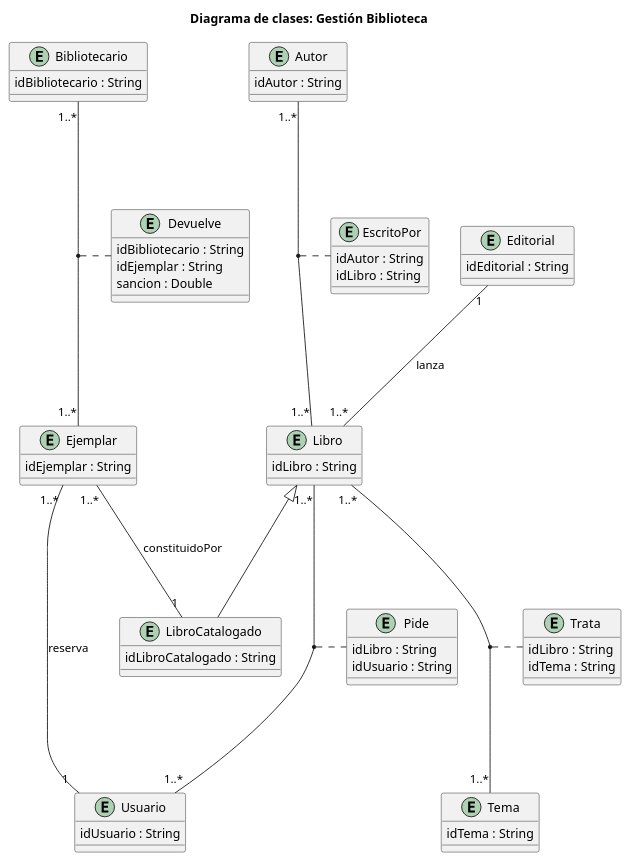
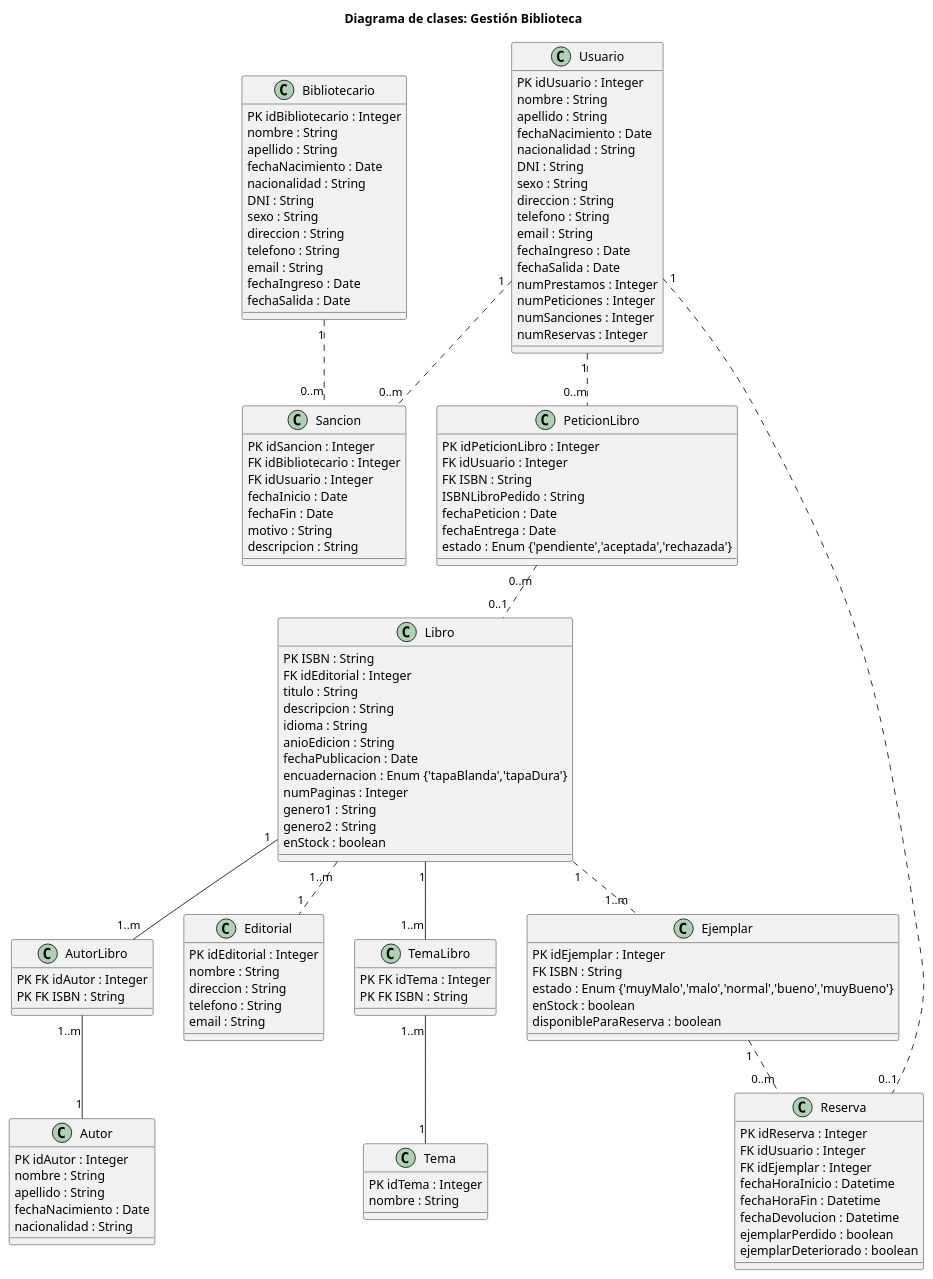
Before and after one commit to emg842/INRE-UAL-ROJO-2022: the diagram in extras/extras_Grupales/src/DC_gestion_biblioteca.puml, drawn with PlantUML.

Commit message:
Diagrama de clases gestion_biblioteca

```diff
--- a/extras/extras_Grupales/src/DC_gestion_biblioteca.puml
+++ b/extras/extras_Grupales/src/DC_gestion_biblioteca.puml
@@ -1,67 +1,143 @@
 @startuml gestion_biblioteca
 
 title Diagrama de clases: Gestión Biblioteca
 
-Entity Autor {
-    idAutor : String
-}
-Entity Bibliotecario {
-    idBibliotecario : String
-}
-Entity Devuelve {
-    idBibliotecario : String
-    idEjemplar : String
-    sancion : Double
-}
-Entity Editorial {
-    idEditorial : String
-}
-Entity Ejemplar {
-    idEjemplar : String
-}
-Entity EscritoPor {
-    idAutor : String
-    idLibro : String
-}
-Entity Libro {
-    idLibro : String
-}
-Entity LibroCatalogado {
-    idLibroCatalogado : String
-}
-Entity Pide {
-    idLibro : String
-    idUsuario : String
-}
-Entity Tema {
-    idTema : String
-}
-Entity Trata {
-    idLibro : String
-    idTema : String
-}
-Entity Usuario {
-    idUsuario : String
+Class Libro {
+ PK ISBN : String
+ FK idEditorial : Integer
+ titulo : String
+ descripcion : String
+ idioma : String
+ anioEdicion : String
+ fechaPublicacion : Date
+ encuadernacion : Enum {'tapaBlanda','tapaDura'} 
+ numPaginas : Integer
+ genero1 : String
+ genero2 : String
+ enStock : boolean  
+    
 }
 
-Autor "1..*" --- "1..*" Libro
-(Autor, Libro) . EscritoPor
+Class AutorLibro {
+    PK FK idAutor : Integer
+    PK FK ISBN : String
+}
 
-Bibliotecario "1..*" --- "1..*" Ejemplar
-(Bibliotecario, Ejemplar) . Devuelve
+Class Autor {
+    PK idAutor : Integer
+    nombre : String
+    apellido : String
+    fechaNacimiento : Date
+    nacionalidad : String
+}
 
-Editorial "1" --- "1..*" Libro : lanza
+Class Editorial {
+    PK idEditorial : Integer
+    nombre : String
+    direccion : String
+    telefono : String
+    email : String
+}
 
-Ejemplar "1..*" --- "1" LibroCatalogado : constituidoPor
+Class TemaLibro {
+    PK FK idTema : Integer
+    PK FK ISBN : String
+}
 
-Ejemplar "1..*" --- "1" Usuario : reserva
+Class Tema {
+    PK idTema : Integer
+    nombre : String
+}
 
-Libro <|--- LibroCatalogado
+Class Bibliotecario {
+    PK idBibliotecario : Integer
+    nombre : String
+    apellido : String
+    fechaNacimiento : Date
+    nacionalidad : String
+    DNI : String
+    sexo : String
+    direccion : String
+    telefono : String
+    email : String
+    fechaIngreso : Date
+    fechaSalida : Date
+}
 
-Libro "1..*" --- "1..*" Tema
-(Libro, Tema) . Trata
+Class Sancion {
+    PK idSancion : Integer
+    FK idBibliotecario : Integer
+    FK idUsuario : Integer
+    fechaInicio : Date
+    fechaFin : Date
+    motivo : String
+    descripcion : String
+}
 
-Libro "1..*" --- "1..*" Usuario
-(Libro, Usuario) . Pide
+Class PeticionLibro {
+    PK idPeticionLibro : Integer
+    FK idUsuario : Integer
+    FK ISBN : String
+    ISBNLibroPedido : String
+    fechaPeticion : Date
+    fechaEntrega : Date
+    estado : Enum {'pendiente','aceptada','rechazada'}
+    
+}
+
+Class Usuario {
+    PK idUsuario : Integer
+    nombre : String
+    apellido : String
+    fechaNacimiento : Date
+    nacionalidad : String
+    DNI : String
+    sexo : String
+    direccion : String
+    telefono : String
+    email : String
+    fechaIngreso : Date
+    fechaSalida : Date
+    numPrestamos : Integer
+    numPeticiones : Integer
+    numSanciones : Integer
+    numReservas : Integer
+}
+
+Class Ejemplar {
+    PK idEjemplar : Integer
+    FK ISBN : String
+    estado : Enum {'muyMalo','malo','normal','bueno','muyBueno'}
+    enStock : boolean
+    disponibleParaReserva : boolean
+}
+
+Class Reserva {
+    PK idReserva : Integer
+    FK idUsuario : Integer
+    FK idEjemplar : Integer
+    fechaHoraInicio : Datetime
+    fechaHoraFin : Datetime
+    fechaDevolucion : Datetime
+    ejemplarPerdido : boolean
+    ejemplarDeteriorado : boolean
+    
+}
+
+Libro "1" -- "1..m" AutorLibro
+Libro "1" -- "1..m" TemaLibro
+Libro "1" .. "1..m" Ejemplar
+Libro "1..m" .. "1" Editorial
+AutorLibro "1..m" -- "1" Autor
+TemaLibro "1..m" -- "1" Tema
+Bibliotecario "1" .. "0..m" Sancion
+PeticionLibro "0..m" .. "0..1" Libro
+Usuario "1" .. "0..m" Sancion
+Usuario "1" .. "0..m" PeticionLibro
+Usuario "1" .. "0..1" Reserva
+Ejemplar "1" .. "0..m" Reserva
+
+
+
 
 @enduml
```
